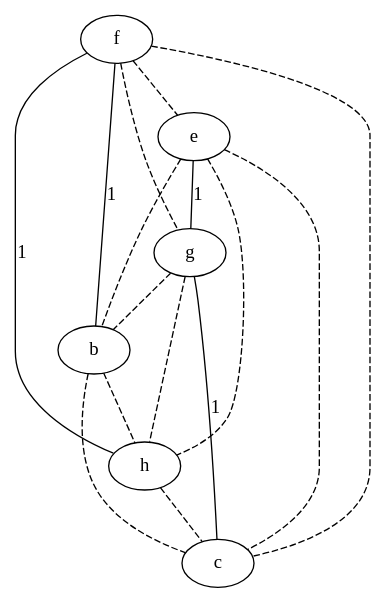
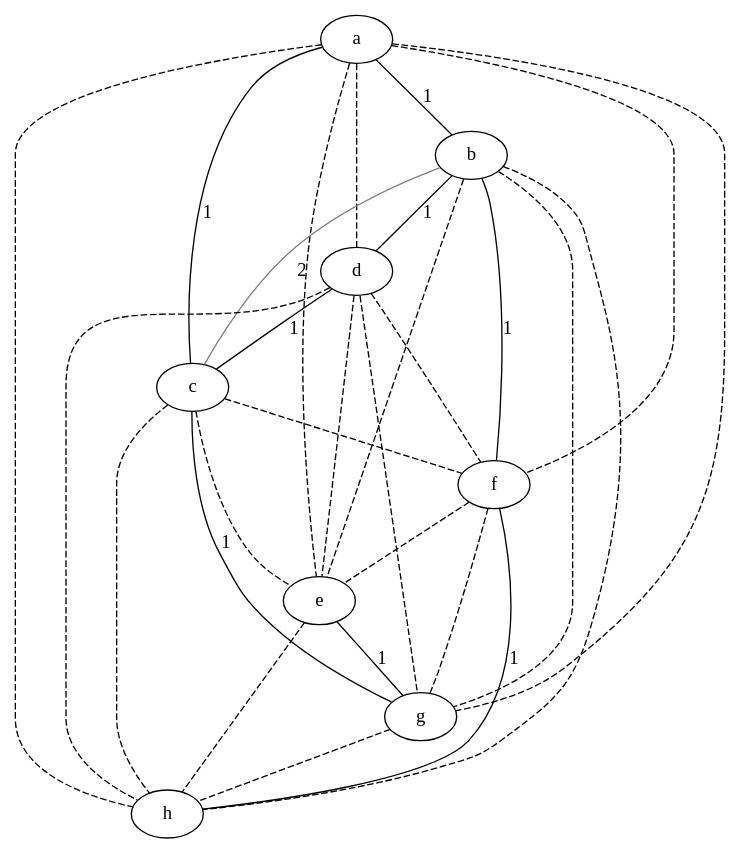
The diagram in src/extension/exponentialGraph.dot (lrodrin/TFG), drawn with Graphviz before and after one commit. The commit also changed 9 other files, not shown here.

```diff
--- a/src/extension/exponentialGraph.dot
+++ b/src/extension/exponentialGraph.dot
@@ -1,23 +1,38 @@
 strict graph "" {
+a;
+b;
+d;
+c;
 f;
 e;
 g;
-b;
 h;
-c;
+a -- b  [color=black, label=1, style=solid];
+a -- d  [color=black, style=dashed];
+a -- c  [color=black, label=1, style=solid];
+a -- f  [color=black, style=dashed];
+a -- e  [color=black, style=dashed];
+a -- g  [color=black, style=dashed];
+a -- h  [color=black, style=dashed];
+b -- d  [color=black, label=1, style=solid];
+b -- c  [color=grey, label=2, style=solid];
+b -- f  [color=black, label=1, style=solid];
+b -- e  [color=black, style=dashed];
+b -- g  [color=black, style=dashed];
+b -- h  [color=black, style=dashed];
+d -- c  [color=black, label=1, style=solid];
+d -- f  [color=black, style=dashed];
+d -- e  [color=black, style=dashed];
+d -- g  [color=black, style=dashed];
+d -- h  [color=black, style=dashed];
+c -- f  [color=black, style=dashed];
+c -- e  [color=black, style=dashed];
+c -- g  [color=black, label=1, style=solid];
+c -- h  [color=black, style=dashed];
 f -- e  [color=black, style=dashed];
 f -- g  [color=black, style=dashed];
-f -- b  [color=black, label=1, style=solid];
 f -- h  [color=black, label=1, style=solid];
-f -- c  [color=black, style=dashed];
 e -- g  [color=black, label=1, style=solid];
-e -- b  [color=black, style=dashed];
 e -- h  [color=black, style=dashed];
-e -- c  [color=black, style=dashed];
-g -- b  [color=black, style=dashed];
 g -- h  [color=black, style=dashed];
-g -- c  [color=black, label=1, style=solid];
-b -- h  [color=black, style=dashed];
-b -- c  [color=black, style=dashed];
-h -- c  [color=black, style=dashed];
 }
```
